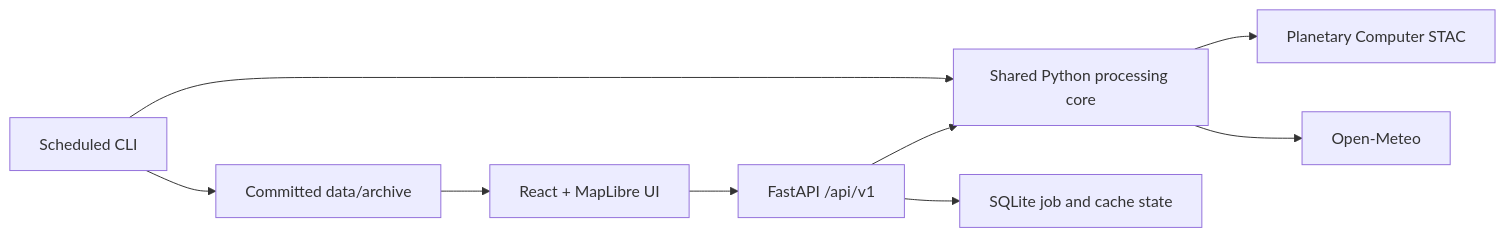
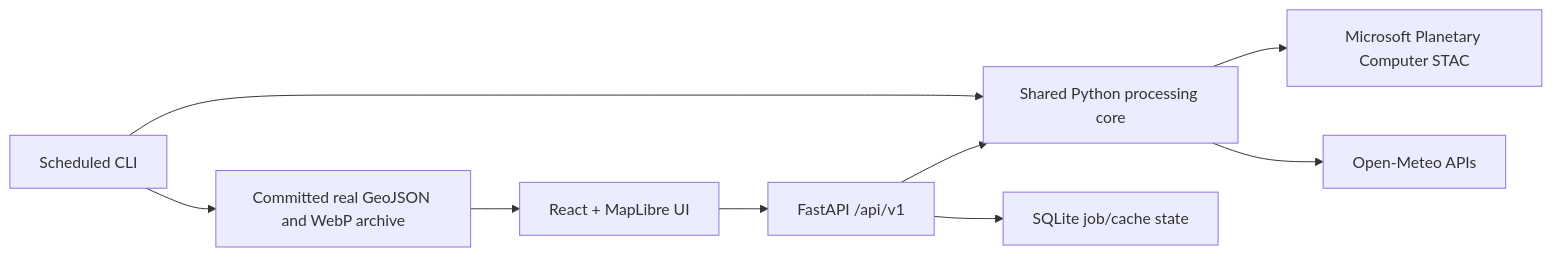
One commit to eqal11/selat-melaka-candidate-slick-watch changed the diagram in README.md. Above: the diagram before and after it, drawn with Mermaid. The commit also changed other lines of this file and 14 other files, not shown here.

````diff
--- a/README.md
+++ b/README.md
@@ -52,11 +33,11 @@
 ```mermaid
 flowchart LR
   UI[React + MapLibre UI] --> API[FastAPI /api/v1]
   API --> Core[Shared Python processing core]
   Pipeline[Scheduled CLI] --> Core
-  Core --> STAC[Planetary Computer STAC]
-  Core --> Weather[Open-Meteo]
-  API --> SQLite[SQLite job and cache state]
-  Pipeline --> Archive[Committed data/archive]
+  Core --> STAC[Microsoft Planetary Computer STAC]
+  Core --> Weather[Open-Meteo APIs]
+  API --> DB[SQLite job/cache state]
+  Pipeline --> Archive[Committed real GeoJSON and WebP archive]
   Archive --> UI
 ```
````
